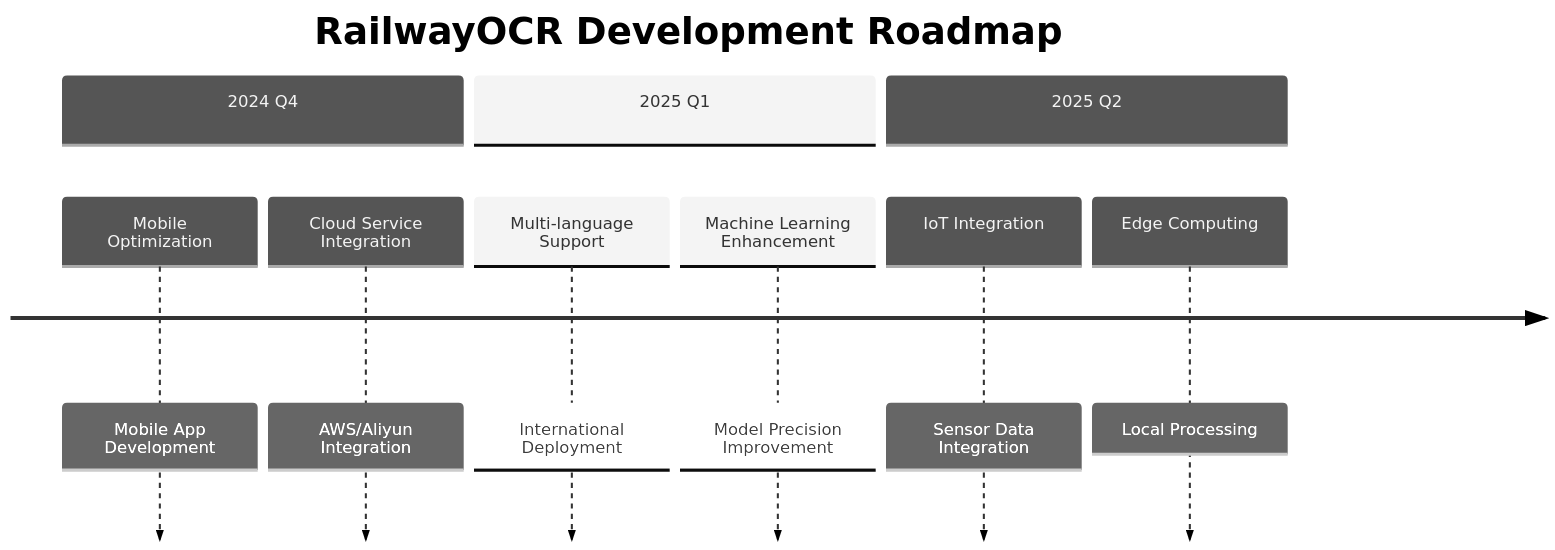
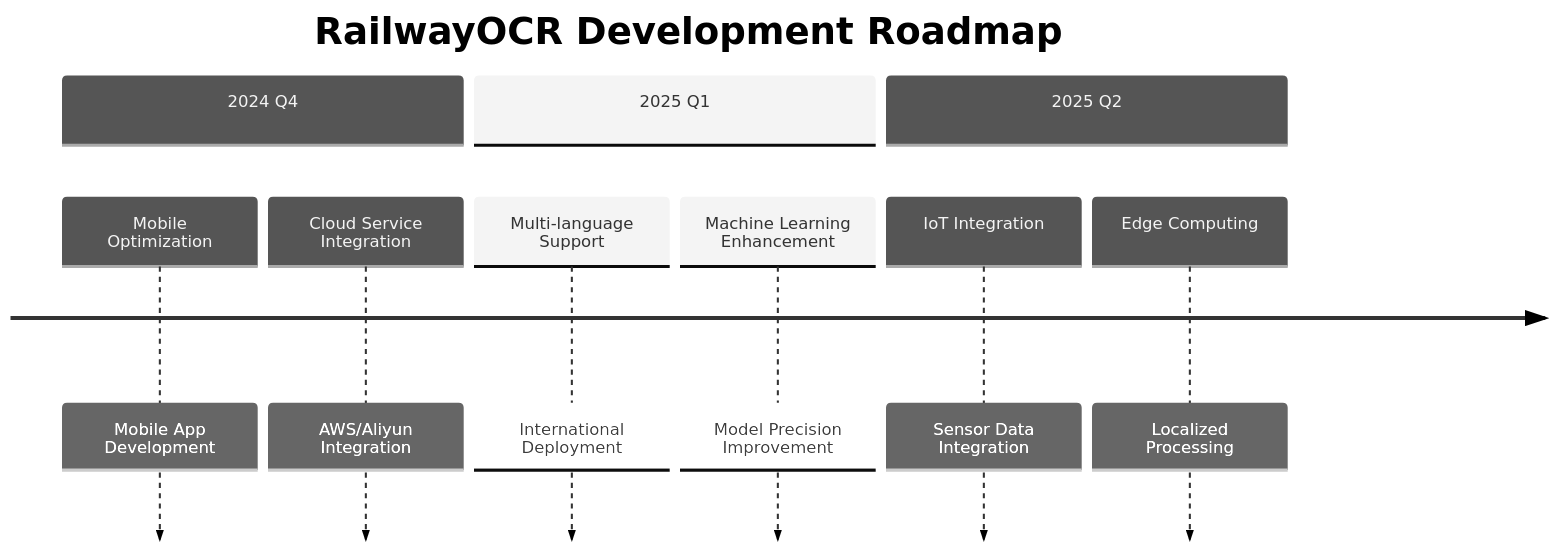
The second of 3 diagrams in README.en.md (YangShengzhou03/RailwayOCR), drawn with Mermaid (neutral theme) before and after one commit. The commit also changed other lines of this file and 3 other files, not shown here.

````diff
--- a/README.en.md
+++ b/README.en.md
@@ -213,13 +183,13 @@
 ```mermaid
 timeline
     title RailwayOCR Development Roadmap
     section 2024 Q4
         Mobile Optimization       : Mobile App Development
         Cloud Service Integration : AWS/Aliyun Integration
     section 2025 Q1  
         Multi-language Support    : International Deployment
         Machine Learning Enhancement : Model Precision Improvement
     section 2025 Q2
         IoT Integration           : Sensor Data Integration
-        Edge Computing            : Local Processing
+        Edge Computing            : Localized Processing
 ```
````
